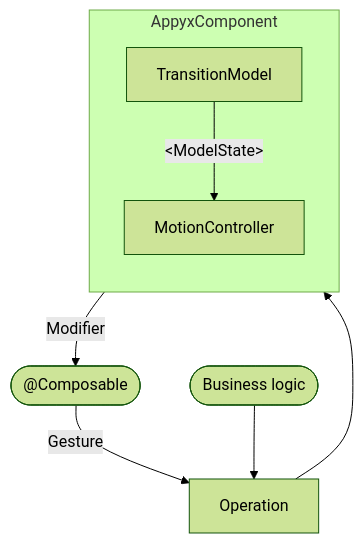
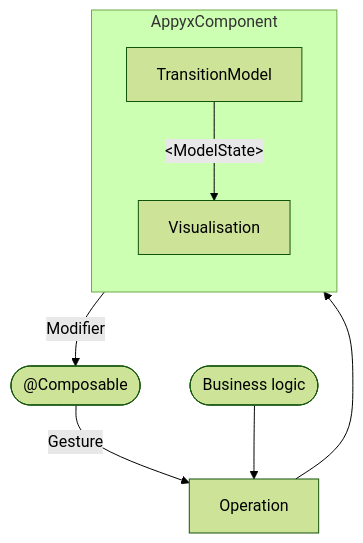
One commit to bumble-tech/appyx changed the diagram in documentation/interactions/appyxcomponent.md. Above: the diagram before and after it, drawn with Mermaid (forest theme). The commit also changed other lines of this file and 8 other files, not shown here.

Commit message:
Rename MotionController -> Visualisation in documentation

````diff
--- a/documentation/interactions/appyxcomponent.md
+++ b/documentation/interactions/appyxcomponent.md
@@ -23,10 +23,10 @@
 ``` mermaid
 flowchart TB
   subgraph AC[AppyxComponent]
     direction TB
-    T[TransitionModel] --> |"#lt;ModelState#gt;"| M[MotionController];
+    T[TransitionModel] --> |"#lt;ModelState#gt;"| V[Visualisation];
   end
   O[Operation] --> AC --> |Modifier| C(["@Composable"]);
   C --> |Gesture| O
   B([Business logic]) --> O
 ```
````
